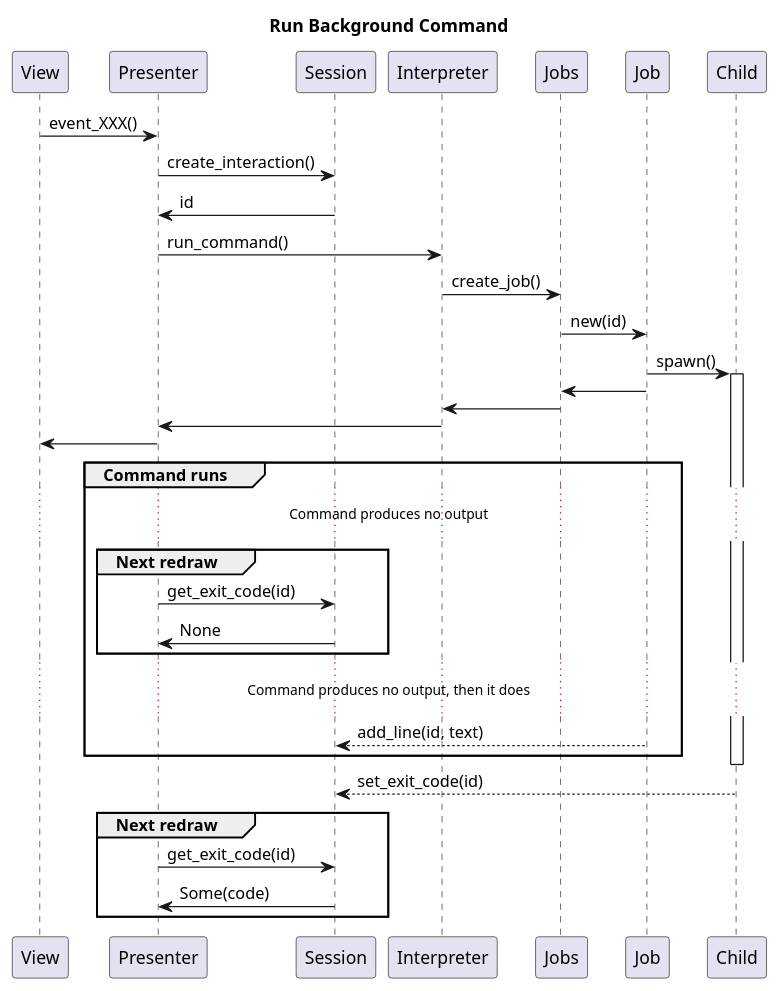
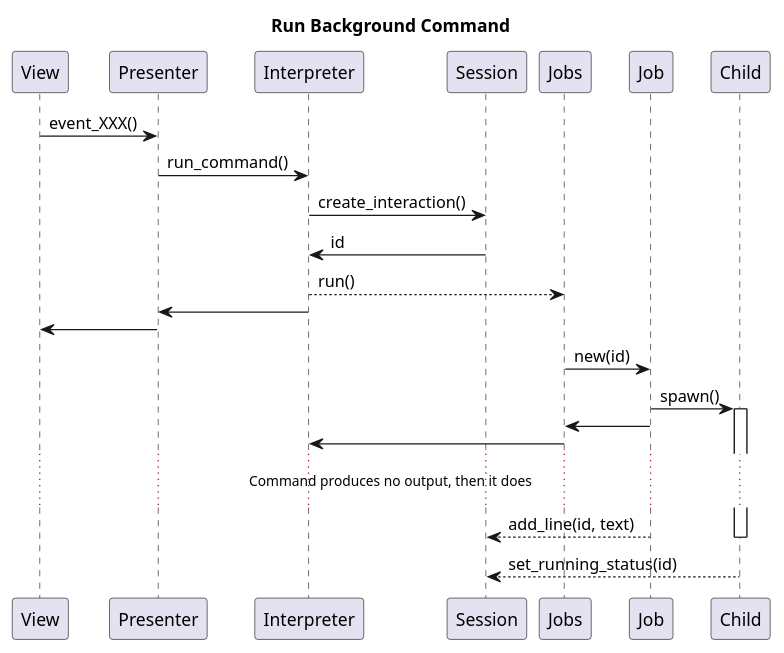
The fifth of 7 diagrams in doc/architecture.pu (LarsEKrueger/bite), drawn with PlantUML before and after one commit. The commit also changed other lines of this file and 10 other files, not shown here.

```diff
--- a/doc/architecture.pu
+++ b/doc/architecture.pu
@@ -152,36 +141,24 @@
 @startuml
 title Run Background Command
 
 View -> Presenter : event_XXX()
-Presenter -> Session : create_interaction()
-Session -> Presenter : id
+Presenter -> Interpreter : run_command()
+Interpreter -> Session : create_interaction()
+Session -> Interpreter : id
+Interpreter --> Jobs : run()
+Interpreter -> Presenter
+Presenter -> View
 
-Presenter -> Interpreter : run_command()
-Interpreter -> Jobs : create_job()
 Jobs -> Job : new(id)
 Job -> Child : spawn()
 activate Child
 Job -> Jobs
 Jobs -> Interpreter
-Interpreter -> Presenter
-Presenter -> View
 
-group Command runs
-  ... Command produces no output ...
-  group Next redraw
-    Presenter -> Session : get_exit_code(id)
-    Session -> Presenter : None
-  end
-  ... Command produces no output, then it does ...
-  Job --> Session : add_line(id, text)
-end
+... Command produces no output, then it does ...
+Job --> Session : add_line(id, text)
 
 deactivate Child
-Child --> Session : set_exit_code(id)
-
-group Next redraw
-  Presenter -> Session : get_exit_code(id)
-  Session -> Presenter : Some(code)
-end
+Child --> Session : set_running_status(id)
 
 @enduml
```
